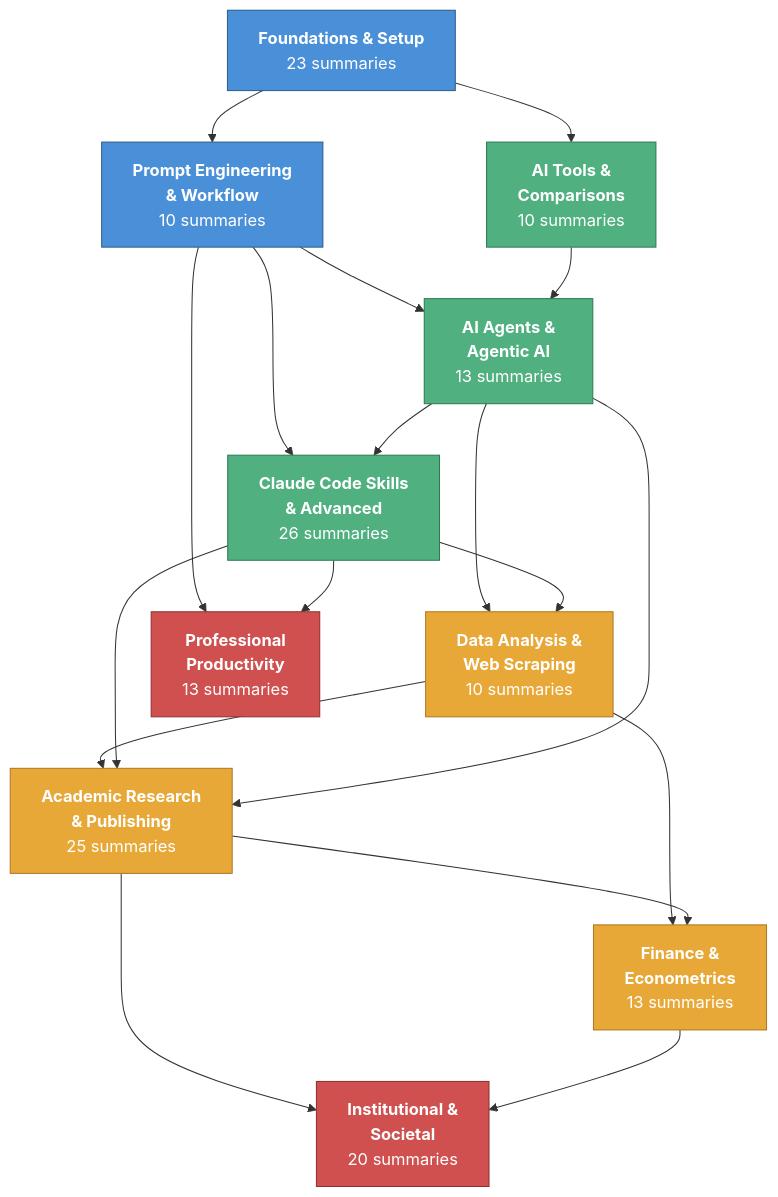
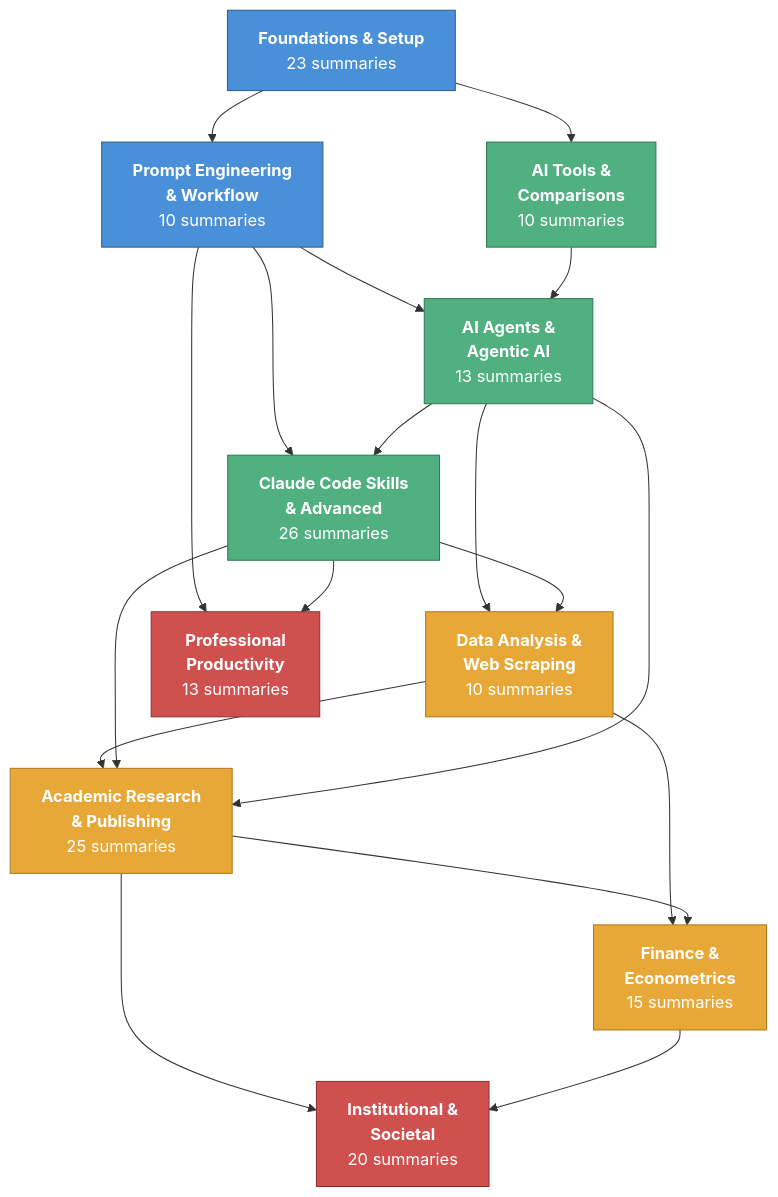
The diagram in wiki/visualizations/category-map.md (velikov-mihail/ai-econ-wiki), drawn with Mermaid before and after one commit. The commit also changed 2 other files, not shown here.

Commit message:
Refresh derived pages for ZeroPaper ingest

````diff
--- a/wiki/visualizations/category-map.md
+++ b/wiki/visualizations/category-map.md
@@ -11,49 +11,49 @@
 ```mermaid
 graph TD
     FS["<b>Foundations & Setup</b><br/>23 summaries"]
     PE["<b>Prompt Engineering<br/>& Workflow</b><br/>10 summaries"]
     AG["<b>AI Agents &<br/>Agentic AI</b><br/>13 summaries"]
     CS["<b>Claude Code Skills<br/>& Advanced</b><br/>26 summaries"]
     DA["<b>Data Analysis &<br/>Web Scraping</b><br/>10 summaries"]
     AR["<b>Academic Research<br/>& Publishing</b><br/>25 summaries"]
-    FE["<b>Finance &<br/>Econometrics</b><br/>13 summaries"]
+    FE["<b>Finance &<br/>Econometrics</b><br/>15 summaries"]
     AT["<b>AI Tools &<br/>Comparisons</b><br/>10 summaries"]
     IS["<b>Institutional &<br/>Societal</b><br/>20 summaries"]
     PP["<b>Professional<br/>Productivity</b><br/>13 summaries"]
 
     %% Foundational layer
     FS --> PE
     FS --> AT
     PE --> AG
     PE --> CS
 
     %% Technical layer
     AG --> CS
     AG --> DA
     CS --> DA
     AT --> AG
 
     %% Applied layer
     DA --> AR
     DA --> FE
     AR --> FE
     CS --> AR
     AG --> AR
 
     %% Productivity & big picture
     PE --> PP
     CS --> PP
     AR --> IS
     FE --> IS
 
     %% Styling
     classDef foundation fill:#4a90d9,stroke:#2c5f8a,color:#fff
     classDef technical fill:#50b080,stroke:#2d7a50,color:#fff
     classDef applied fill:#e8a838,stroke:#b07820,color:#fff
     classDef bigpicture fill:#d05050,stroke:#903030,color:#fff
 
     class FS,PE foundation
     class AG,CS,AT technical
     class DA,AR,FE applied
     class IS,PP bigpicture
 ```
````
